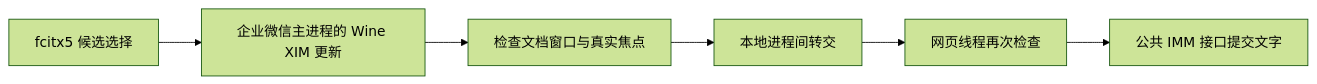
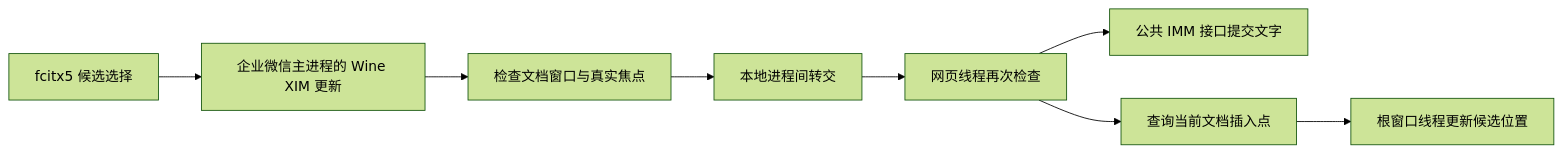
The diagram in docs/features/docs-ime.md (UsharbiSin/wecom-hyprland-fixes), drawn with Mermaid (forest theme) before and after one commit. The commit also changed other lines of this file and 10 other files, not shown here.

````diff
--- a/docs/features/docs-ime.md
+++ b/docs/features/docs-ime.md
@@ -57,8 +60,10 @@
 ```mermaid
 flowchart LR
     A[fcitx5 候选选择] --> B[企业微信主进程的 Wine XIM 更新]
     B --> C[检查文档窗口与真实焦点]
     C --> D[本地进程间转交]
     D --> E[网页线程再次检查]
     E --> F[公共 IMM 接口提交文字]
+    E --> G[查询当前文档插入点]
+    G --> H[根窗口线程更新候选位置]
 ```
````
